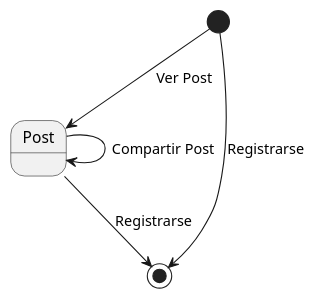
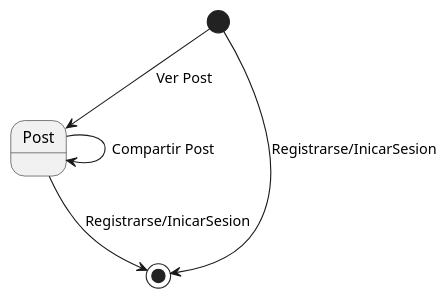
One commit to miguelgomez75/24-25-IdSw1-SDR changed the diagram in CdU/DdContexto_UsuarioNR/3ª Iteración/DdContexto_UsuarioNR.puml. Above: the diagram before and after it, drawn with PlantUML.

```diff
--- a/CdU/DdContexto_UsuarioNR/3ª Iteración/DdContexto_UsuarioNR.puml
+++ b/CdU/DdContexto_UsuarioNR/3ª Iteración/DdContexto_UsuarioNR.puml
@@ -1,6 +1,6 @@
 @startuml
 [*] --> Post: Ver Post
-[*] --> [*] : Registrarse
+[*] --> [*] : Registrarse/InicarSesion
 Post --> Post: Compartir Post
-Post --> [*]: Registrarse
+Post --> [*]: Registrarse/InicarSesion
 @enduml 
```
